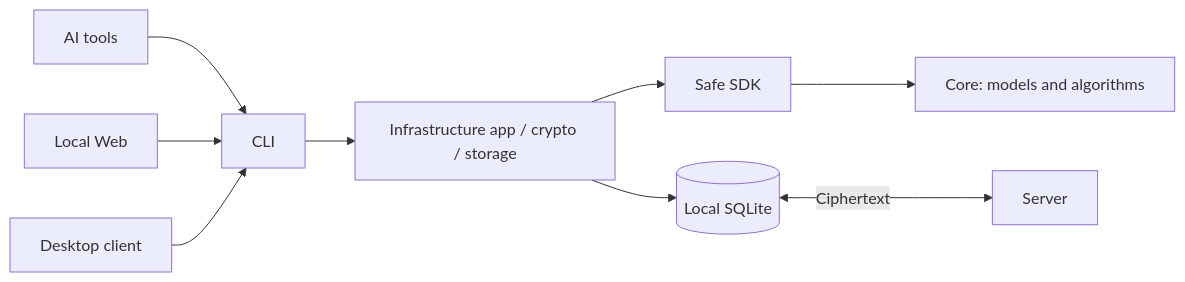
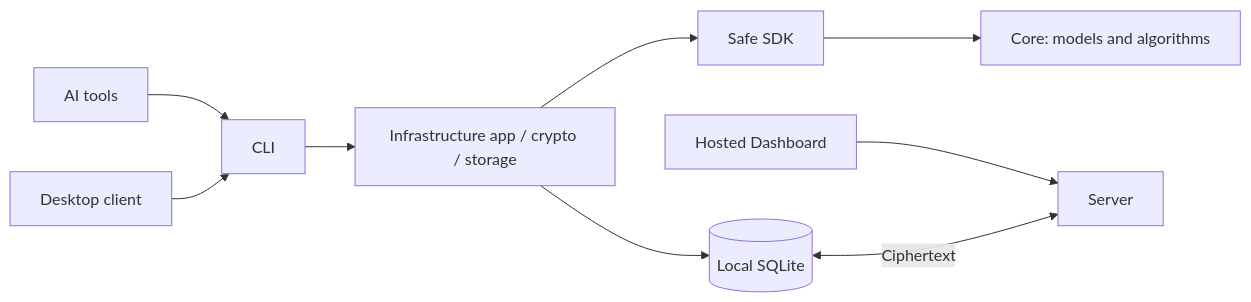
Before and after one commit to risense-ai/respire-docs: the diagram in docs/index.md, drawn with Mermaid. The commit also changed other lines of this file and 117 other files, not shown here.

````diff
--- a/docs/index.md
+++ b/docs/index.md
@@ -5,11 +5,11 @@
 ```mermaid
 flowchart LR
   AI["AI tools"] --> CLI["CLI"]
-  Browser["Local Web"] --> CLI
+  Browser["Hosted Dashboard"] --> Server
   Desktop["Desktop client"] --> CLI
   CLI --> App["Infrastructure app / crypto / storage"]
   App --> SDK["Safe SDK"]
   SDK --> Core["Core: models and algorithms"]
   App --> DB[("Local SQLite")]
   DB <-->|Ciphertext| Server["Server"]
 ```
````
